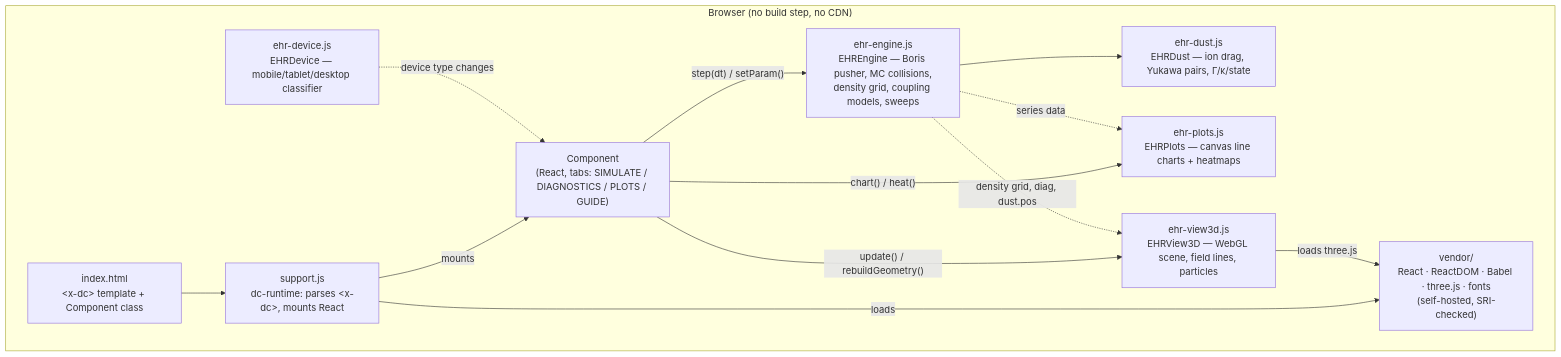
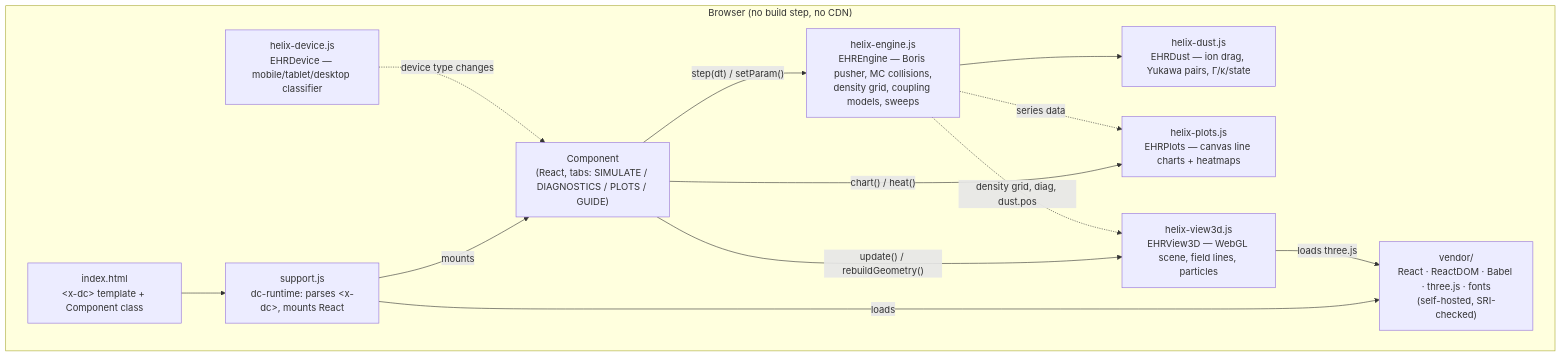
One commit to ZachBach/ElectromagneticHelixReactor changed the diagram in README.md. Above: the diagram before and after it, drawn with Mermaid. The commit also changed other lines of this file and 6 other files, not shown here.

````diff
--- a/README.md
+++ b/README.md
@@ -53,26 +85,26 @@
 ```mermaid
 flowchart TD
     subgraph Browser["Browser (no build step, no CDN)"]
         HTML["index.html<br/>&lt;x-dc&gt; template + Component class"]
         Runtime["support.js<br/>dc-runtime: parses &lt;x-dc&gt;, mounts React"]
         Vendor["vendor/<br/>React · ReactDOM · Babel · three.js · fonts<br/>(self-hosted, SRI-checked)"]
         Comp["Component<br/>(React, tabs: SIMULATE / DIAGNOSTICS / PLOTS / GUIDE)"]
-        Engine["ehr-engine.js<br/>EHREngine — Boris pusher, MC collisions,<br/>density grid, coupling models, sweeps"]
-        Dust["ehr-dust.js<br/>EHRDust — ion drag, Yukawa pairs, Γ/κ/state"]
-        Plots["ehr-plots.js<br/>EHRPlots — canvas line charts + heatmaps"]
-        View["ehr-view3d.js<br/>EHRView3D — WebGL scene, field lines, particles"]
-        Device["ehr-device.js<br/>EHRDevice — mobile/tablet/desktop classifier"]
+        Engine["helix-engine.js<br/>EHREngine — Boris pusher, MC collisions,<br/>density grid, coupling models, sweeps"]
+        Dust["helix-dust.js<br/>EHRDust — ion drag, Yukawa pairs, Γ/κ/state"]
+        Plots["helix-plots.js<br/>EHRPlots — canvas line charts + heatmaps"]
+        View["helix-view3d.js<br/>EHRView3D — WebGL scene, field lines, particles"]
+        Device["helix-device.js<br/>EHRDevice — mobile/tablet/desktop classifier"]
 
         HTML --> Runtime
         Runtime -- "loads" --> Vendor
         Runtime -- "mounts" --> Comp
         Comp -- "step(dt) / setParam()" --> Engine
         Engine --> Dust
         Comp -- "chart() / heat()" --> Plots
         Comp -- "update() / rebuildGeometry()" --> View
         View -- "loads three.js" --> Vendor
         Engine -. "density grid, diag, dust.pos" .-> View
         Engine -. "series data" .-> Plots
         Device -. "device type changes" .-> Comp
     end
 ```
````
